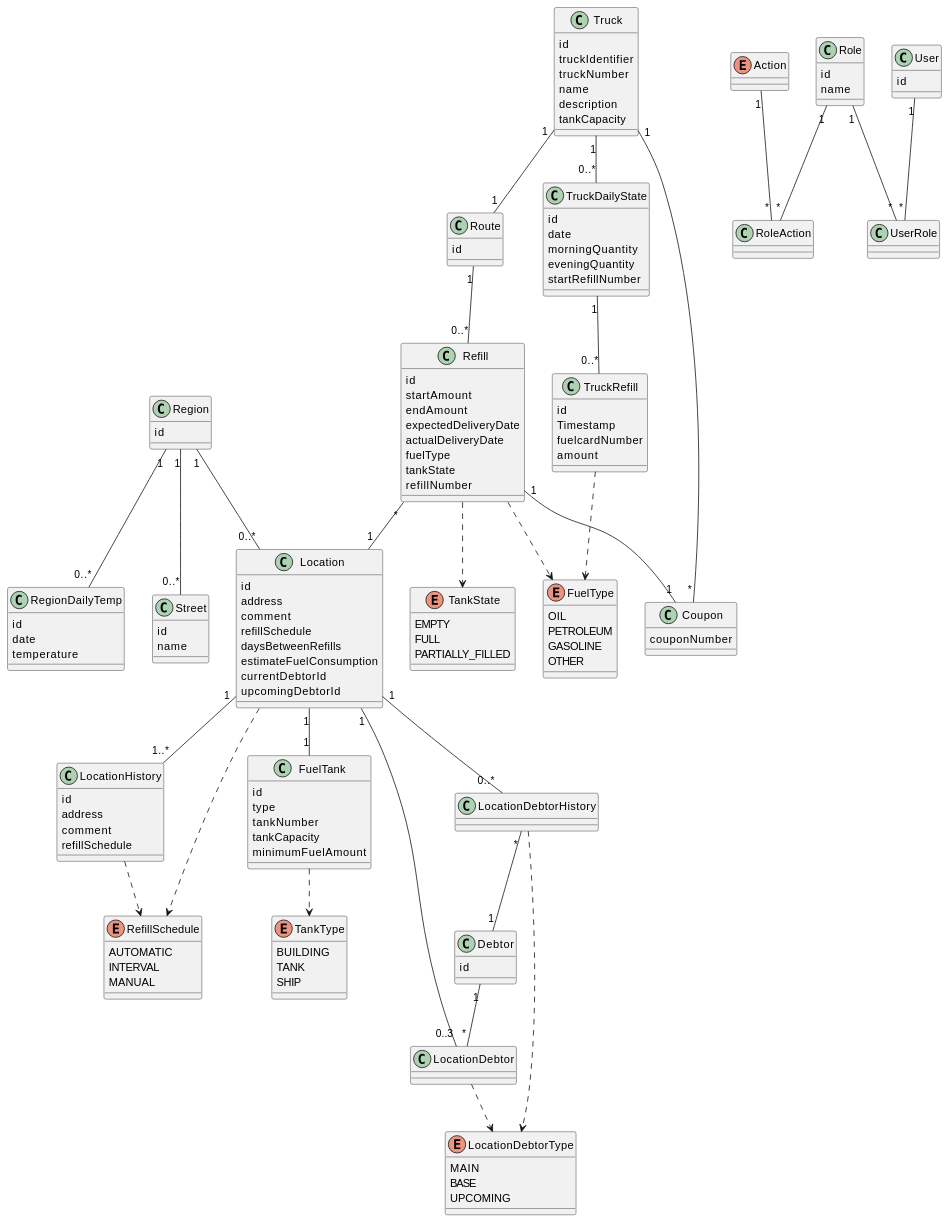
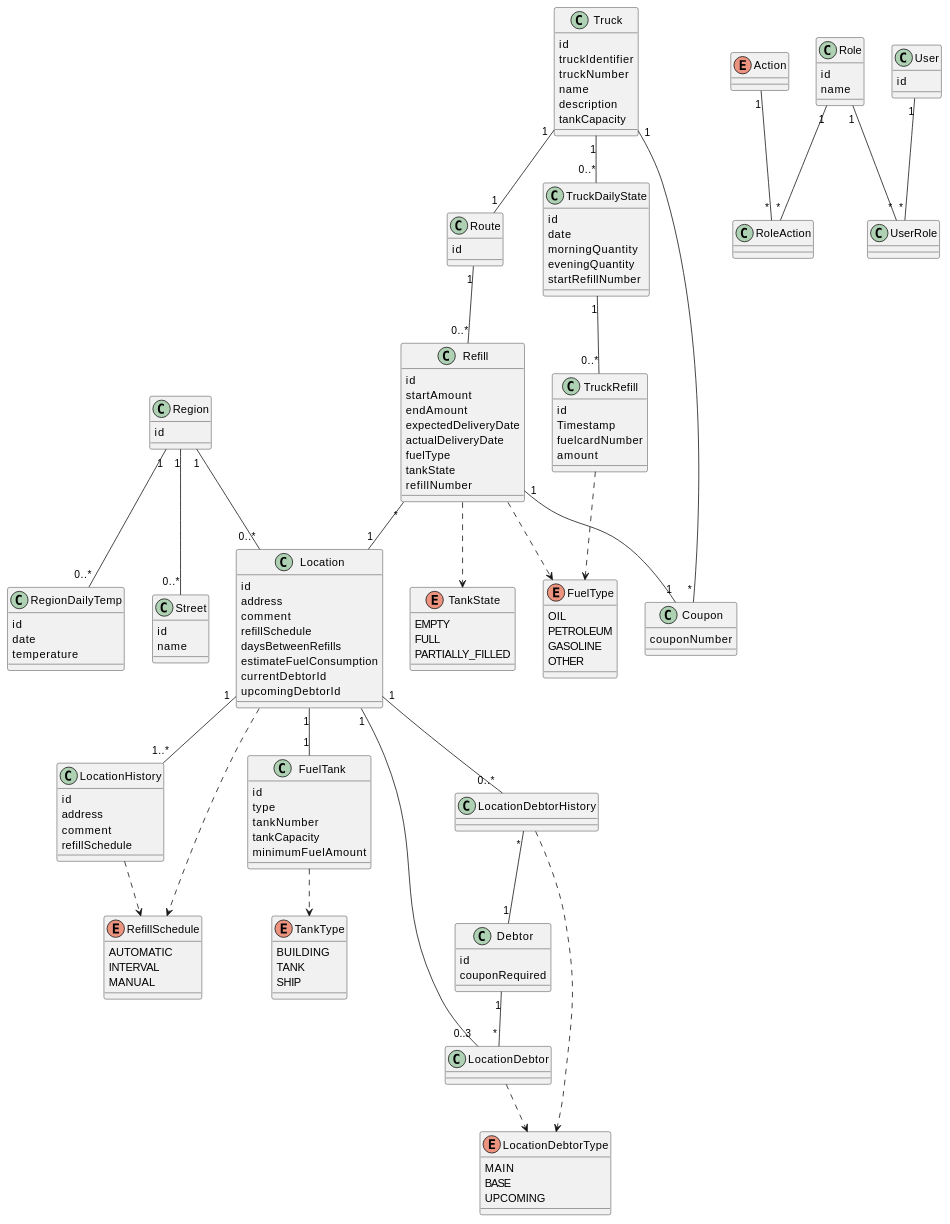
One commit to IT-Minds/client_comby_oilcontrols changed the diagram in docs/entity-datamodel.md. Above: the diagram before and after it, drawn with PlantUML. The commit also changed other lines of this file and 1 other file, not shown here.

Commit message:
added the CoupoonRequired bool to the dm.

```diff
--- a/docs/entity-datamodel.md
+++ b/docs/entity-datamodel.md
@@ -88,6 +86,7 @@
 
 class Debtor {
   id
+  couponRequired
 }
 
 class LocationDebtor {
```
